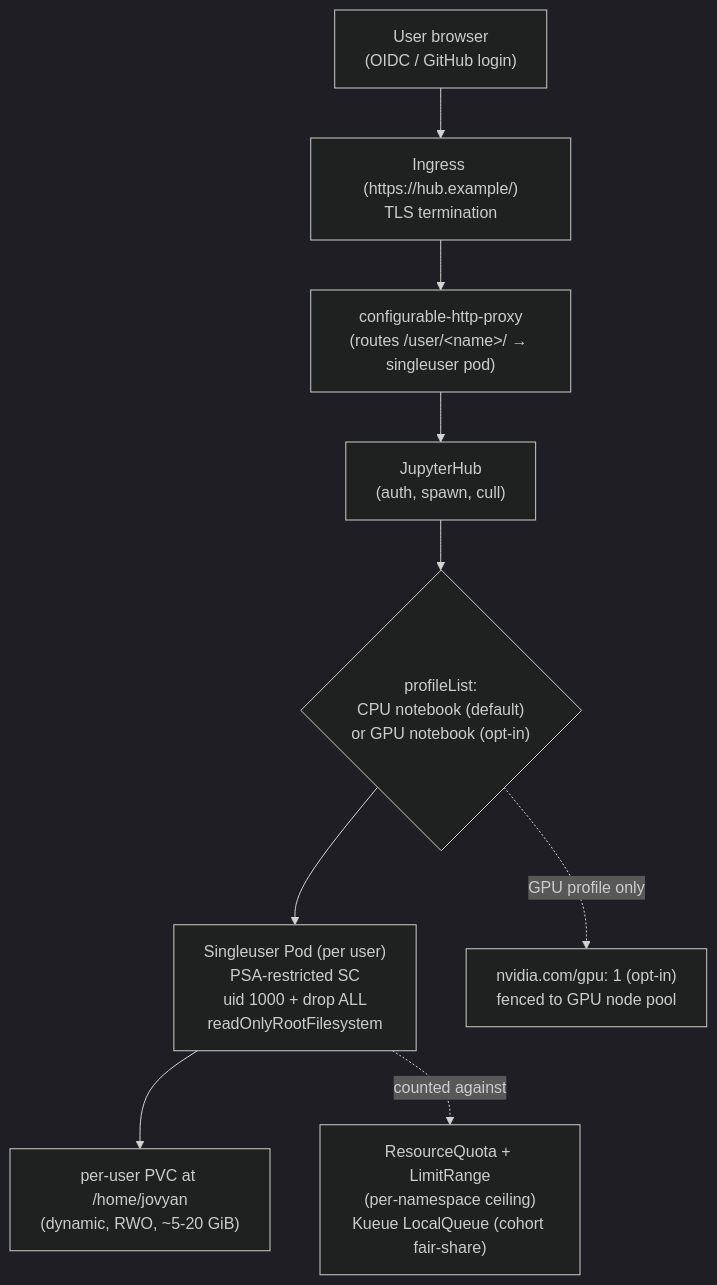
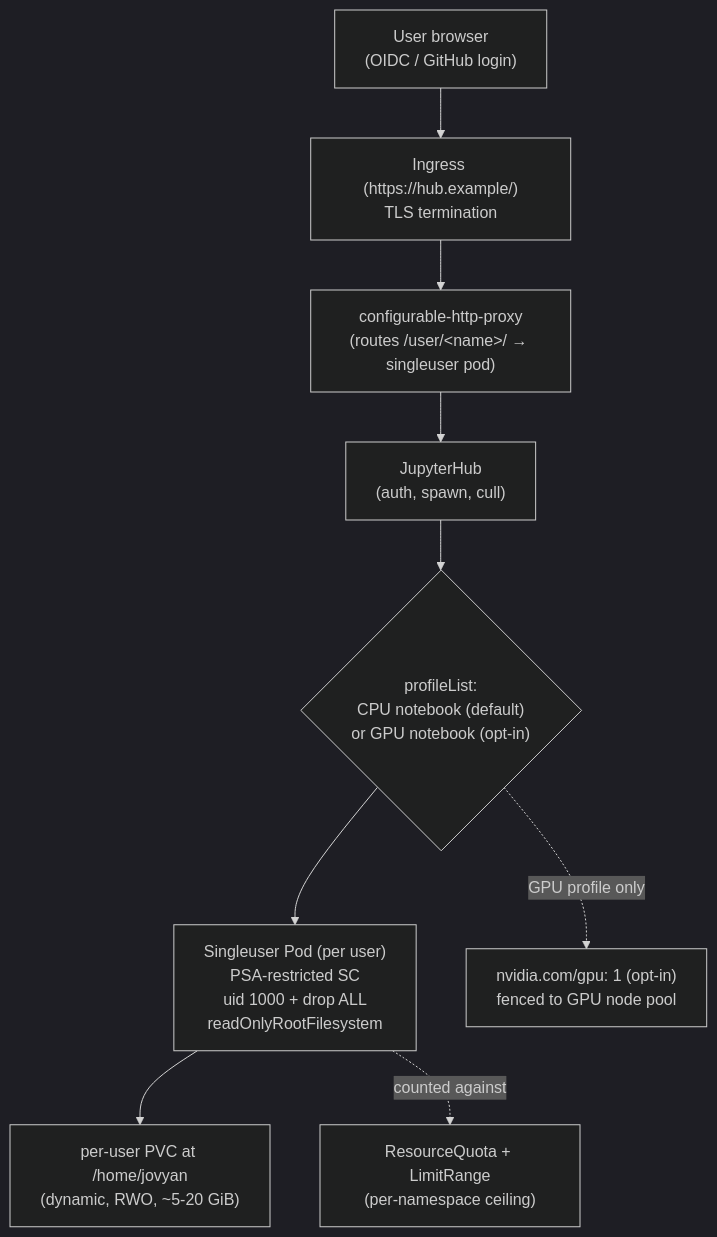
Before and after one commit to abd-ulbasit/bookstore-kubernetes-guide: the diagram in full-guide/12-kubernetes-for-machine-learning/05-notebooks-and-interactive.md, drawn with Mermaid (dark theme). The commit also changed other lines of this file and 22 other files, not shown here.

````diff
--- a/full-guide/12-kubernetes-for-machine-learning/05-notebooks-and-interactive.md
+++ b/full-guide/12-kubernetes-for-machine-learning/05-notebooks-and-interactive.md
@@ -142,20 +142,20 @@
 ```mermaid
 flowchart TB
     user["User browser<br/>(OIDC / GitHub login)"]
     ing["Ingress (https://hub.example/)<br/>TLS termination"]
     proxy["configurable-http-proxy<br/>(routes /user/&lt;name&gt;/ → singleuser pod)"]
     hub["JupyterHub<br/>(auth, spawn, cull)"]
     profile{"profileList:<br/>CPU notebook (default)<br/>or GPU notebook (opt-in)"}
     sus["Singleuser Pod (per user)<br/>PSA-restricted SC<br/>uid 1000 + drop ALL<br/>readOnlyRootFilesystem"]
     pvc["per-user PVC at /home/jovyan<br/>(dynamic, RWO, ~5-20 GiB)"]
     gpu["nvidia.com/gpu: 1 (opt-in)<br/>fenced to GPU node pool"]
-    quota["ResourceQuota + LimitRange<br/>(per-namespace ceiling)<br/>Kueue LocalQueue (cohort fair-share)"]
+    quota["ResourceQuota + LimitRange<br/>(per-namespace ceiling)"]
 
     user --> ing --> proxy
     proxy --> hub
     hub --> profile
     profile --> sus
     sus --> pvc
     profile -. GPU profile only .-> gpu
     sus -. counted against .-> quota
 ```
````
